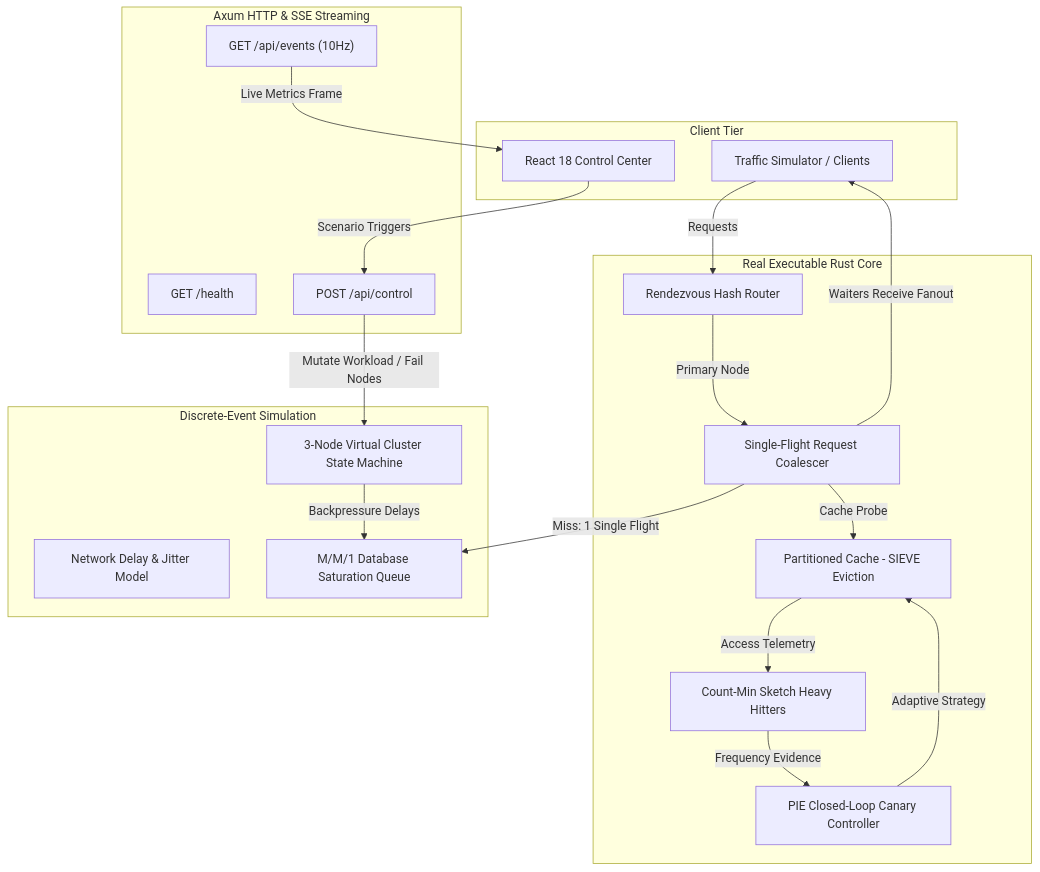
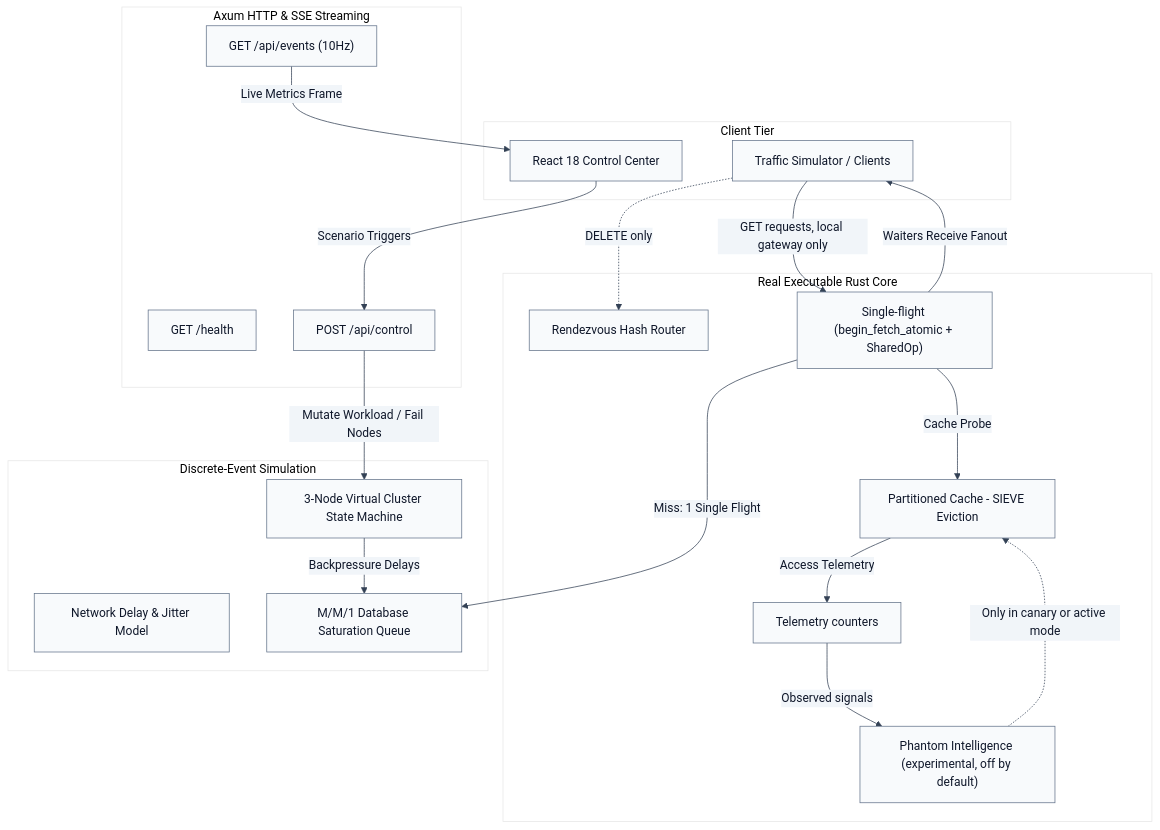
Before and after one commit to Satish8460/phantom-cache: the diagram in README.md, drawn with Mermaid. The commit also changed other lines of this file and 406 other files, not shown here.

````diff
--- a/README.md
+++ b/README.md
@@ -48,41 +49,42 @@
 ```mermaid
+%%{init: {'theme': 'base', 'themeVariables': { 'primaryColor': '#F8FAFC', 'primaryTextColor': '#0F172A', 'primaryBorderColor': '#64748B', 'lineColor': '#334155', 'secondaryColor': '#F1F5F9', 'tertiaryColor': '#FFFFFF', 'background': '#FFFFFF' }}}%%
 flowchart TD
     subgraph Client Tier
         UI[React 18 Control Center]
         Bench[Traffic Simulator / Clients]
     end
 
     subgraph API Tier [Axum HTTP & SSE Streaming]
         Health["GET /health"]
         Control["POST /api/control"]
         SSE["GET /api/events (10Hz)"]
     end
 
     subgraph Core Engine [Real Executable Rust Core]
         Router[Rendezvous Hash Router]
-        Coalescer[Single-Flight Request Coalescer]
+        Coalescer["Single-flight (begin_fetch_atomic + SharedOp)"]
         Cache[Partitioned Cache - SIEVE Eviction]
-        PIE[PIE Closed-Loop Canary Controller]
-        Sketch[Count-Min Sketch Heavy Hitters]
+        PIE["Phantom Intelligence (experimental, off by default)"]
+        Sketch["Telemetry counters"]
     end
 
     subgraph Simulated Environment [Discrete-Event Simulation]
         NetSim[Network Delay & Jitter Model]
         ClusterSim[3-Node Virtual Cluster State Machine]
         DBSim[M/M/1 Database Saturation Queue]
     end
 
-    Bench -->|Requests| Router
-    Router -->|Primary Node| Coalescer
+    Bench -->|GET requests, local gateway only| Coalescer
+    Bench -.->|DELETE only| Router
     Coalescer -->|Cache Probe| Cache
     Coalescer -->|Miss: 1 Single Flight| DBSim
     Coalescer -->|Waiters Receive Fanout| Bench
     Cache -->|Access Telemetry| Sketch
-    Sketch -->|Frequency Evidence| PIE
-    PIE -->|Adaptive Strategy| Cache
+    Sketch -->|Observed signals| PIE
+    PIE -.->|"Only in canary or active mode"| Cache
 
     UI -->|Scenario Triggers| Control
     SSE -->|Live Metrics Frame| UI
     Control -->|Mutate Workload / Fail Nodes| ClusterSim
     ClusterSim -->|Backpressure Delays| DBSim
 ```
````
